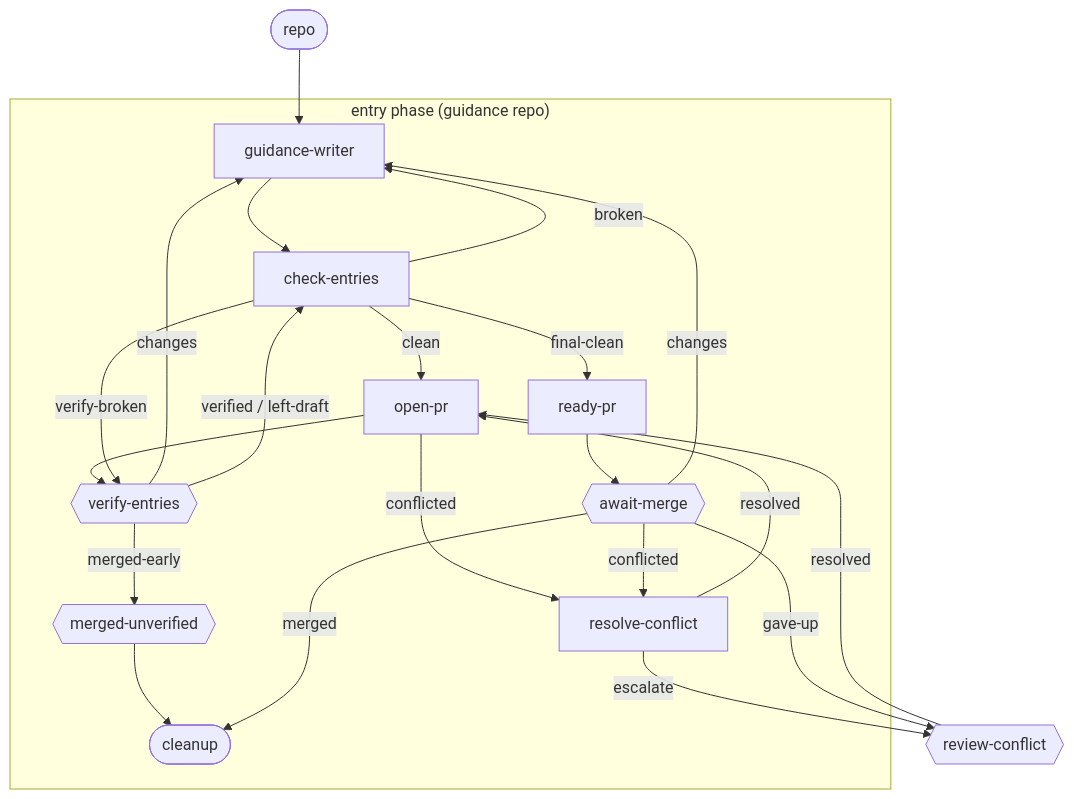
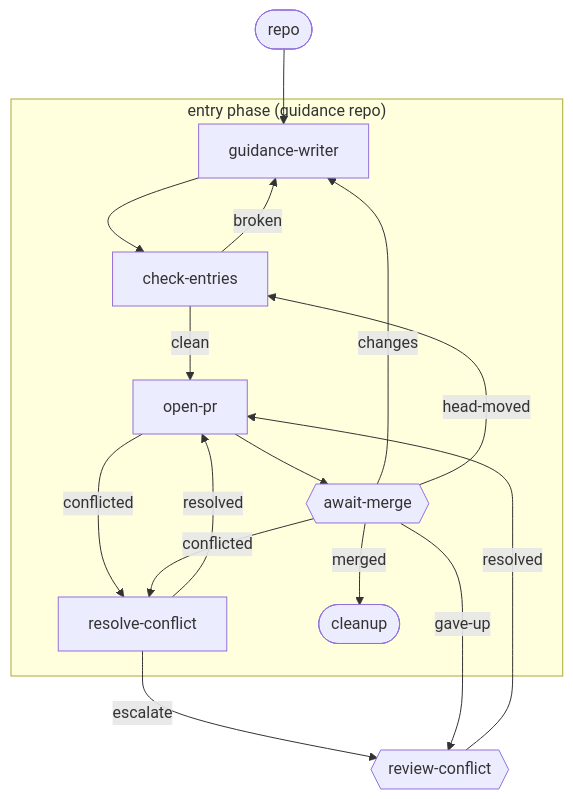
One commit to kenmclennan/lightcycle-workflows changed the diagram in docs/guidance-entry.md. Above: the diagram before and after it, drawn with Mermaid. The commit also changed other lines of this file and 11 other files, not shown here.

````diff
--- a/docs/guidance-entry.md
+++ b/docs/guidance-entry.md
@@ -15,22 +15,18 @@
 ```mermaid
 flowchart TD
     repo(["repo"]) --> GW["guidance-writer"]
     subgraph P ["entry phase (guidance repo)"]
         GW --> CE["check-entries"]
         CE -->|broken| GW
-        CE -->|clean| OP["open-pr"] --> VE{{"verify-entries"}}
-        VE -->|changes| GW
-        VE -->|"verified / left-draft"| CE
-        CE -->|final-clean| RP["ready-pr"] --> AM{{"await-merge"}}
-        VE -->|merged-early| MU{{"merged-unverified"}} --> CU
-        CE -->|verify-broken| VE
+        CE -->|clean| OP["open-pr"] --> AM{{"await-merge"}}
         AM -->|changes| GW
+        AM -->|head-moved| CE
         OP -->|conflicted| RCF["resolve-conflict"]
         AM -->|conflicted| RCF
         RCF -->|resolved| OP
         AM -->|merged| CU(["cleanup"])
     end
     RCF -->|escalate| RCON{{"review-conflict"}}
     AM -->|gave-up| RCON
     RCON -->|resolved| OP
 ```
````
